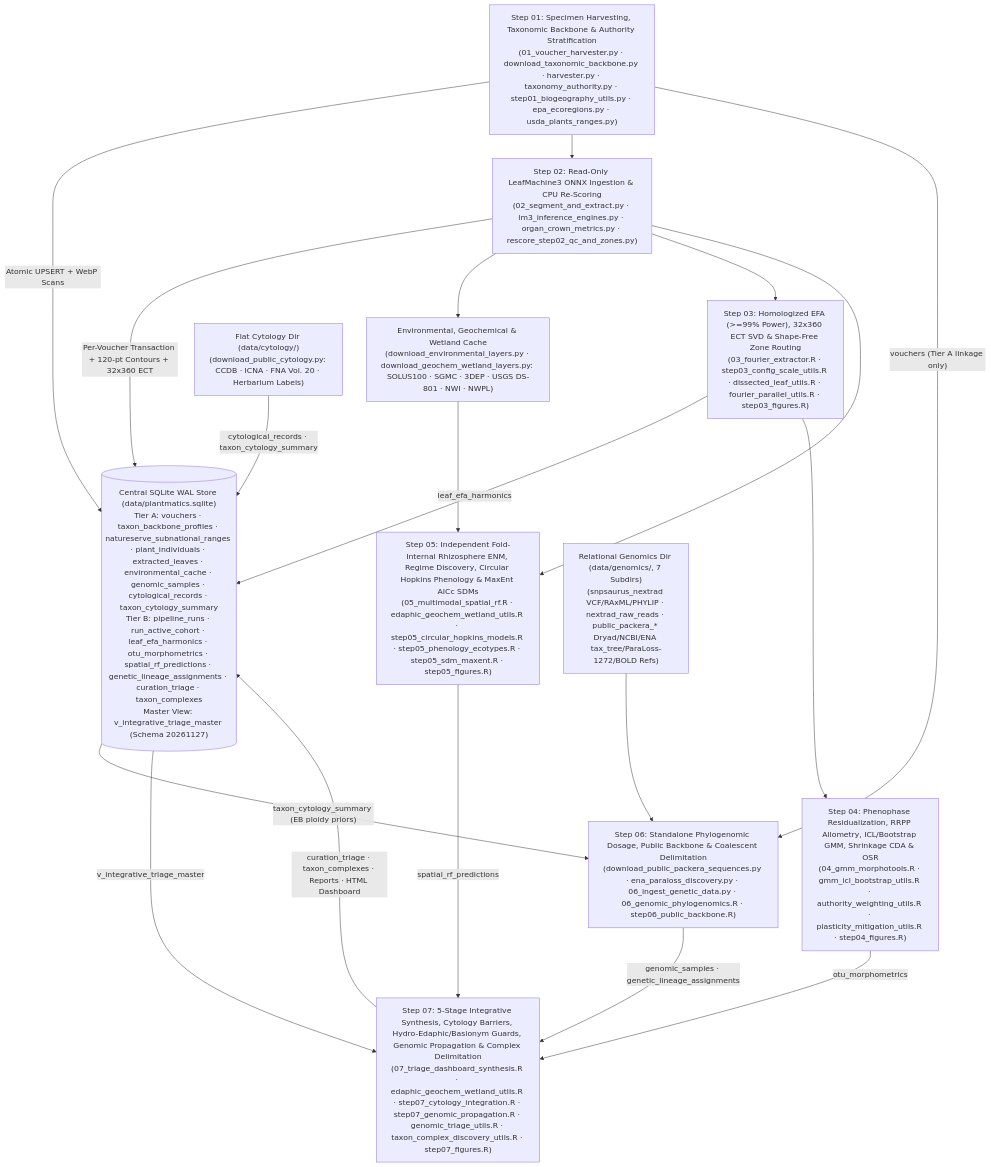
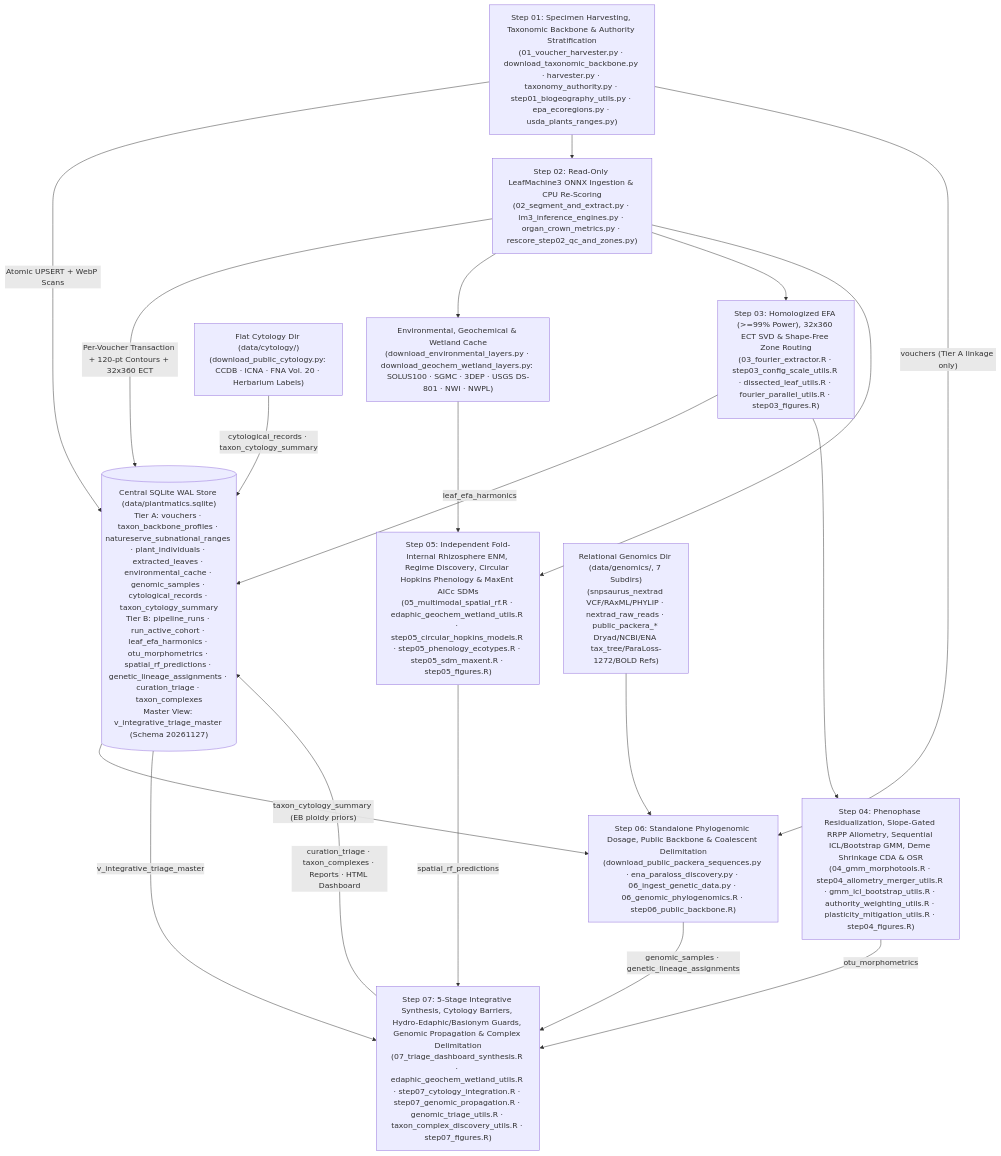
Before and after one commit to Plantatsrophe/Packera_dubia_morphometrics: the diagram in README.md, drawn with Mermaid. The commit also changed other lines of this file and 15 other files, not shown here.

Commit message:
refactor: modularize step04 allometry merger utilities and add audit hygiene tests

````diff
--- a/README.md
+++ b/README.md
@@ -31,23 +31,23 @@
 ```mermaid
 flowchart TD
     DB[("Central SQLite WAL Store (data/plantmatics.sqlite)\nTier A: vouchers · taxon_backbone_profiles · natureserve_subnational_ranges · plant_individuals · extracted_leaves · environmental_cache · genomic_samples · cytological_records · taxon_cytology_summary\nTier B: pipeline_runs · run_active_cohort · leaf_efa_harmonics · otu_morphometrics · spatial_rf_predictions · genetic_lineage_assignments · curation_triage · taxon_complexes\nMaster View: v_integrative_triage_master (Schema 20261127)")]
 
     S1["Step 01: Specimen Harvesting, Taxonomic Backbone & Authority Stratification\n(01_voucher_harvester.py · download_taxonomic_backbone.py · harvester.py · taxonomy_authority.py · step01_biogeography_utils.py · epa_ecoregions.py · usda_plants_ranges.py)"] -->|"Atomic UPSERT + WebP Scans"| DB
     S1 --> S2["Step 02: Read-Only LeafMachine3 ONNX Ingestion & CPU Re-Scoring\n(02_segment_and_extract.py · lm3_inference_engines.py · organ_crown_metrics.py · rescore_step02_qc_and_zones.py)"]
     S2 -->|"Per-Voucher Transaction + 120-pt Contours + 32x360 ECT"| DB
     S2 --> E0["Environmental, Geochemical & Wetland Cache\n(download_environmental_layers.py · download_geochem_wetland_layers.py: SOLUS100 · SGMC · 3DEP · USGS DS-801 · NWI · NWPL)"]
     S2 --> S3["Step 03: Homologized EFA (>=99% Power), 32x360 ECT SVD & Shape-Free Zone Routing\n(03_fourier_extractor.R · step03_config_scale_utils.R · dissected_leaf_utils.R · fourier_parallel_utils.R · step03_figures.R)"]
     S3 -->|"leaf_efa_harmonics"| DB
-    S3 --> S4["Step 04: Phenophase Residualization, RRPP Allometry, ICL/Bootstrap GMM, Shrinkage CDA & OSR\n(04_gmm_morphotools.R · gmm_icl_bootstrap_utils.R · authority_weighting_utils.R · plasticity_mitigation_utils.R · step04_figures.R)"]
+    S3 --> S4["Step 04: Phenophase Residualization, Slope-Gated RRPP Allometry, Sequential ICL/Bootstrap GMM, Deme Shrinkage CDA & OSR\n(04_gmm_morphotools.R · step04_allometry_merger_utils.R · gmm_icl_bootstrap_utils.R · authority_weighting_utils.R · plasticity_mitigation_utils.R · step04_figures.R)"]
     S4 -->|"otu_morphometrics"| S7
     S2 --> S5["Step 05: Independent Fold-Internal Rhizosphere ENM, Regime Discovery, Circular Hopkins Phenology & MaxEnt AICc SDMs\n(05_multimodal_spatial_rf.R · edaphic_geochem_wetland_utils.R · step05_circular_hopkins_models.R · step05_phenology_ecotypes.R · step05_sdm_maxent.R · step05_figures.R)"]
     E0 --> S5
     S5 -->|"spatial_rf_predictions"| S7
     G0["Relational Genomics Dir (data/genomics/, 7 Subdirs)\n(snpsaurus_nextrad VCF/RAxML/PHYLIP · nextrad_raw_reads · public_packera_* Dryad/NCBI/ENA tax_tree/ParaLoss-1272/BOLD Refs)"] --> S6["Step 06: Standalone Phylogenomic Dosage, Public Backbone & Coalescent Delimitation\n(download_public_packera_sequences.py · ena_paraloss_discovery.py · 06_ingest_genetic_data.py · 06_genomic_phylogenomics.R · step06_public_backbone.R)"]
     S1 -->|"vouchers (Tier A linkage only)"| S6
     S6 -->|"genomic_samples · genetic_lineage_assignments"| S7
     C0["Flat Cytology Dir (data/cytology/)\n(download_public_cytology.py: CCDB · ICNA · FNA Vol. 20 · Herbarium Labels)"] -->|"cytological_records · taxon_cytology_summary"| DB
     DB -->|"taxon_cytology_summary (EB ploidy priors)"| S6
     DB -->|"v_integrative_triage_master"| S7["Step 07: 5-Stage Integrative Synthesis, Cytology Barriers, Hydro-Edaphic/Basionym Guards, Genomic Propagation & Complex Delimitation\n(07_triage_dashboard_synthesis.R · edaphic_geochem_wetland_utils.R · step07_cytology_integration.R · step07_genomic_propagation.R · genomic_triage_utils.R · taxon_complex_discovery_utils.R · step07_figures.R)"]
     S7 -->|"curation_triage · taxon_complexes · Reports · HTML Dashboard"| DB
 ```
````
